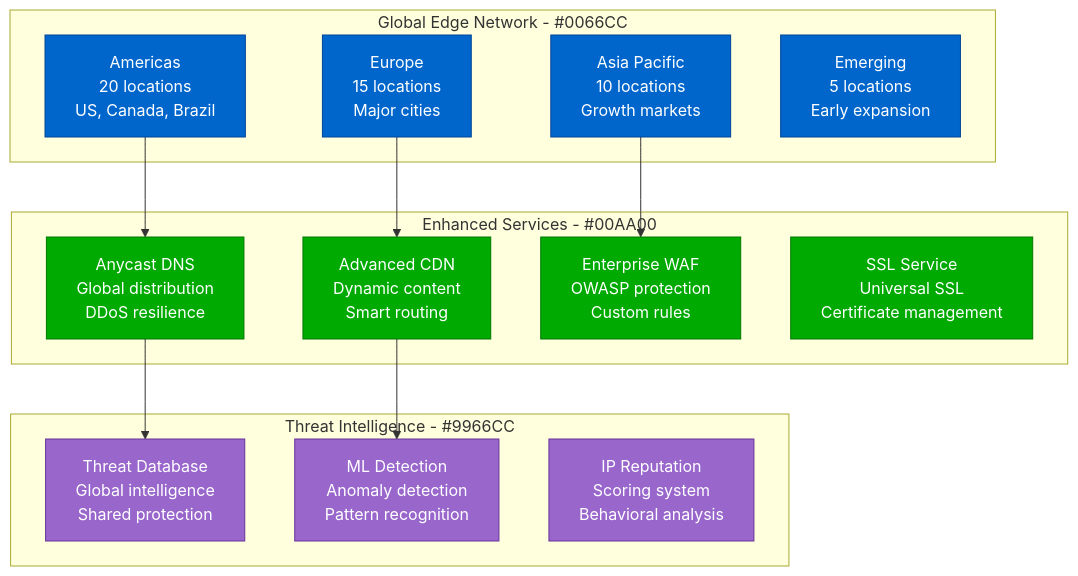
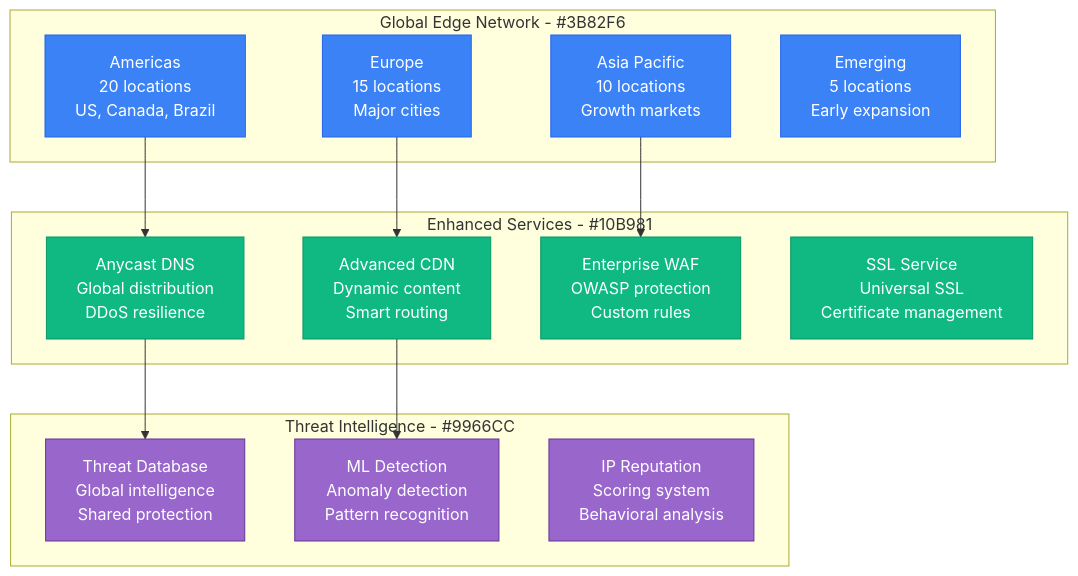
One commit to deepaucksharma/DS changed the third of 4 diagrams in site/docs/scaling/cloudflare-scale-evolution.md. Above: the diagram before and after it, drawn with Mermaid. The commit also changed other lines of this file and 187 other files, not shown here.

````diff
--- a/site/docs/scaling/cloudflare-scale-evolution.md
+++ b/site/docs/scaling/cloudflare-scale-evolution.md
@@ -98,36 +98,36 @@
 ```mermaid
 graph TB
-    subgraph GlobalEdge[Global Edge Network - #0066CC]
+    subgraph GlobalEdge[Global Edge Network - #3B82F6]
         AMERICAS[Americas<br/>20 locations<br/>US, Canada, Brazil]
         EUROPE[Europe<br/>15 locations<br/>Major cities]
         APAC[Asia Pacific<br/>10 locations<br/>Growth markets]
         AFRICA[Emerging<br/>5 locations<br/>Early expansion]
     end
 
-    subgraph ServiceEvolution[Enhanced Services - #00AA00]
+    subgraph ServiceEvolution[Enhanced Services - #10B981]
         ANYCAST_DNS[Anycast DNS<br/>Global distribution<br/>DDoS resilience]
         ADVANCED_CDN[Advanced CDN<br/>Dynamic content<br/>Smart routing]
         ENTERPRISE_WAF[Enterprise WAF<br/>OWASP protection<br/>Custom rules]
         SSL_SERVICE[SSL Service<br/>Universal SSL<br/>Certificate management]
     end
 
     subgraph IntelligenceLayer[Threat Intelligence - #9966CC]
         THREAT_DB[Threat Database<br/>Global intelligence<br/>Shared protection]
         ML_DETECTION[ML Detection<br/>Anomaly detection<br/>Pattern recognition]
         REPUTATION[IP Reputation<br/>Scoring system<br/>Behavioral analysis]
     end
 
     AMERICAS --> ANYCAST_DNS
     EUROPE --> ADVANCED_CDN
     APAC --> ENTERPRISE_WAF
     ANYCAST_DNS --> THREAT_DB
     ADVANCED_CDN --> ML_DETECTION
 
-    classDef edgeStyle fill:#0066CC,stroke:#004499,color:#fff
-    classDef serviceStyle fill:#00AA00,stroke:#007700,color:#fff
+    classDef edgeStyle fill:#3B82F6,stroke:#2563EB,color:#fff
+    classDef serviceStyle fill:#10B981,stroke:#059669,color:#fff
     classDef mlStyle fill:#9966CC,stroke:#663399,color:#fff
 
     class AMERICAS,EUROPE,APAC,AFRICA edgeStyle
     class ANYCAST_DNS,ADVANCED_CDN,ENTERPRISE_WAF,SSL_SERVICE serviceStyle
     class THREAT_DB,ML_DETECTION,REPUTATION mlStyle
 ```
````
